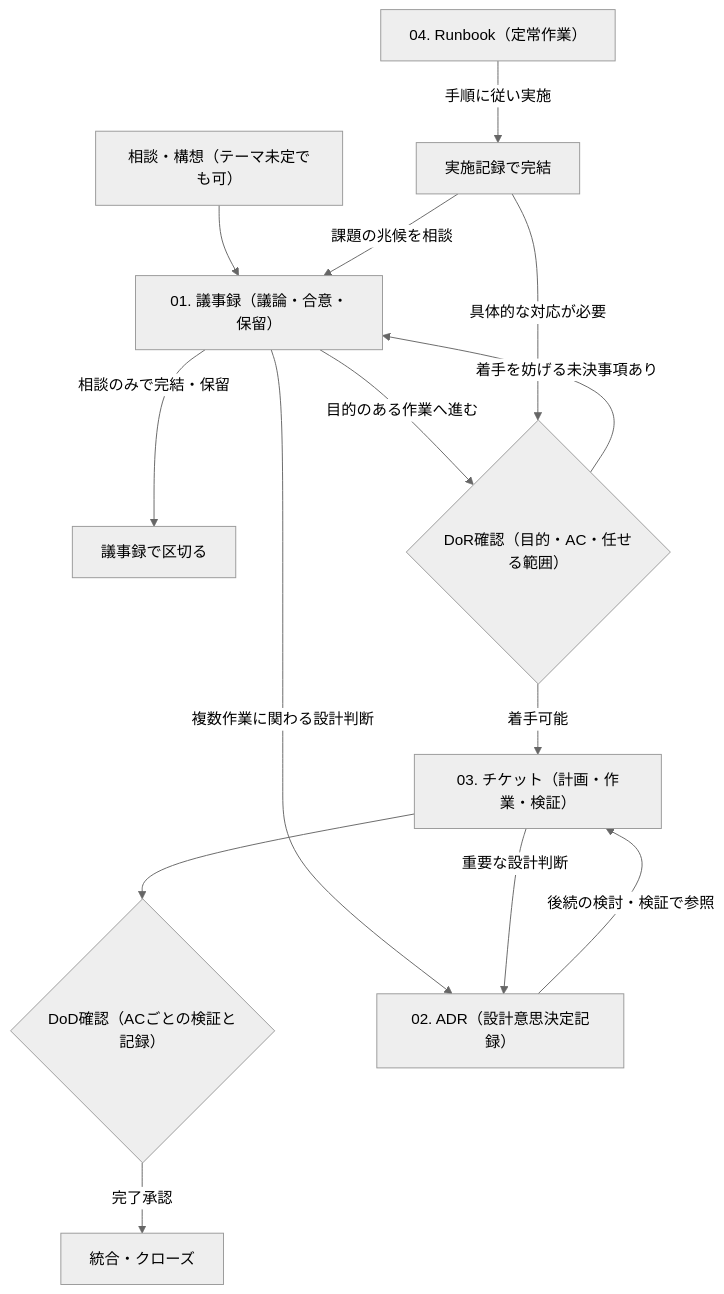
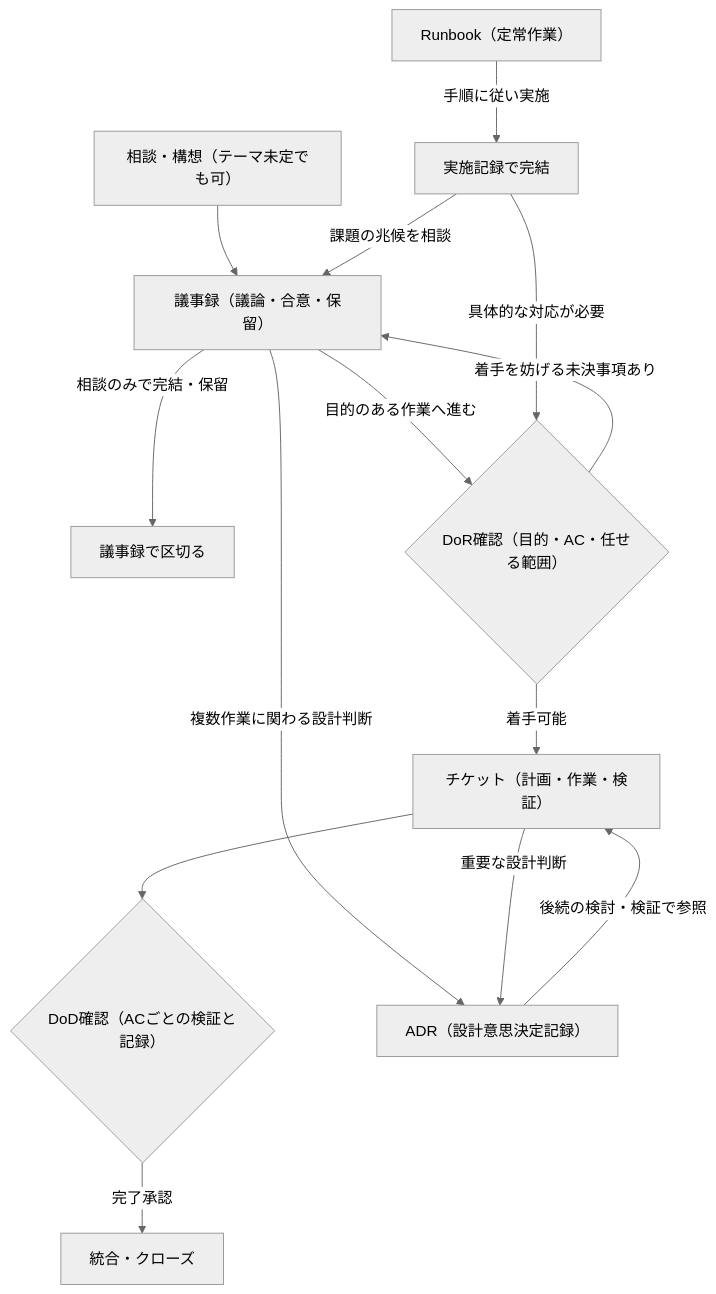
One commit to sasaki819/AIco changed the diagram in docs/02.policy/02.glossary-and-overview.md. Above: the diagram before and after it, drawn with Mermaid (neutral theme). The commit also changed 16 other files, not shown here.

````diff
--- a/docs/02.policy/02.glossary-and-overview.md
+++ b/docs/02.policy/02.glossary-and-overview.md
@@ -31,16 +31,16 @@
 ```mermaid
 flowchart TD
-    idea["相談・構想（テーマ未定でも可）"] --> disc["01. 議事録（議論・合意・保留）"]
+    idea["相談・構想（テーマ未定でも可）"] --> disc["議事録（議論・合意・保留）"]
     disc -->|相談のみで完結・保留| discEnd["議事録で区切る"]
     disc -->|目的のある作業へ進む| dor{"DoR確認（目的・AC・任せる範囲）"}
     dor -->|着手を妨げる未決事項あり| disc
-    dor -->|着手可能| ticket["03. チケット（計画・作業・検証）"]
+    dor -->|着手可能| ticket["チケット（計画・作業・検証）"]
     ticket --> dod{"DoD確認（ACごとの検証と記録）"}
     dod -->|完了承認| close["統合・クローズ"]
-    runbook["04. Runbook（定常作業）"] -->|手順に従い実施| rec["実施記録で完結"]
+    runbook["Runbook（定常作業）"] -->|手順に従い実施| rec["実施記録で完結"]
     rec -->|課題の兆候を相談| disc
     rec -->|具体的な対応が必要| dor
-    disc -->|複数作業に関わる設計判断| adr["02. ADR（設計意思決定記録）"]
+    disc -->|複数作業に関わる設計判断| adr["ADR（設計意思決定記録）"]
     ticket -->|重要な設計判断| adr
     adr -->|後続の検討・検証で参照| ticket
 ```
````
